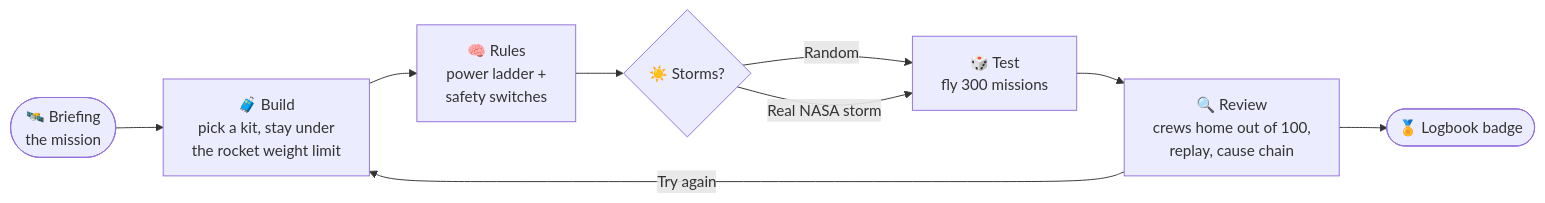
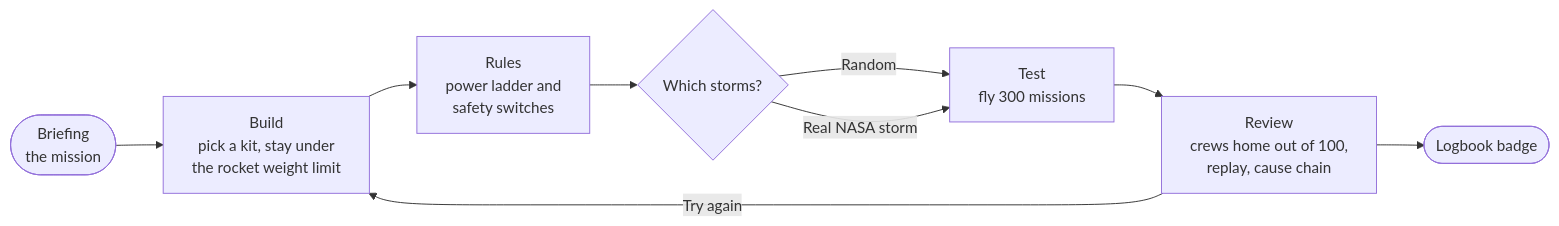
One commit to jaineesh-kumar/NASA_APP_Challenge changed the first of 4 diagrams in README.md. Above: the diagram before and after it, drawn with Mermaid. The commit also changed other lines of this file, not shown here.

Commit message:
docs(readme): plain-text flowchart labels so GitHub renders every chart

````diff
--- a/README.md
+++ b/README.md
@@ -82,11 +82,11 @@
 ```mermaid
 flowchart LR
-    A([🛰️ Briefing<br/>the mission]) --> B[🧳 Build<br/>pick a kit, stay under<br/>the rocket weight limit]
-    B --> C[🧠 Rules<br/>power ladder +<br/>safety switches]
-    C --> D{☀️ Storms?}
-    D -->|Random| E[🎲 Test<br/>fly 300 missions]
-    D -->|Real NASA storm| E
-    E --> F[🔍 Review<br/>crews home out of 100,<br/>replay, cause chain]
-    F -->|Try again| B
-    F --> G([🏅 Logbook badge])
+    A(["Briefing<br/>the mission"]) --> B["Build<br/>pick a kit, stay under<br/>the rocket weight limit"]
+    B --> C["Rules<br/>power ladder and<br/>safety switches"]
+    C --> D{"Which storms?"}
+    D -->|"Random"| E["Test<br/>fly 300 missions"]
+    D -->|"Real NASA storm"| E
+    E --> F["Review<br/>crews home out of 100,<br/>replay, cause chain"]
+    F -->|"Try again"| B
+    F --> G(["Logbook badge"])
 ```
````
